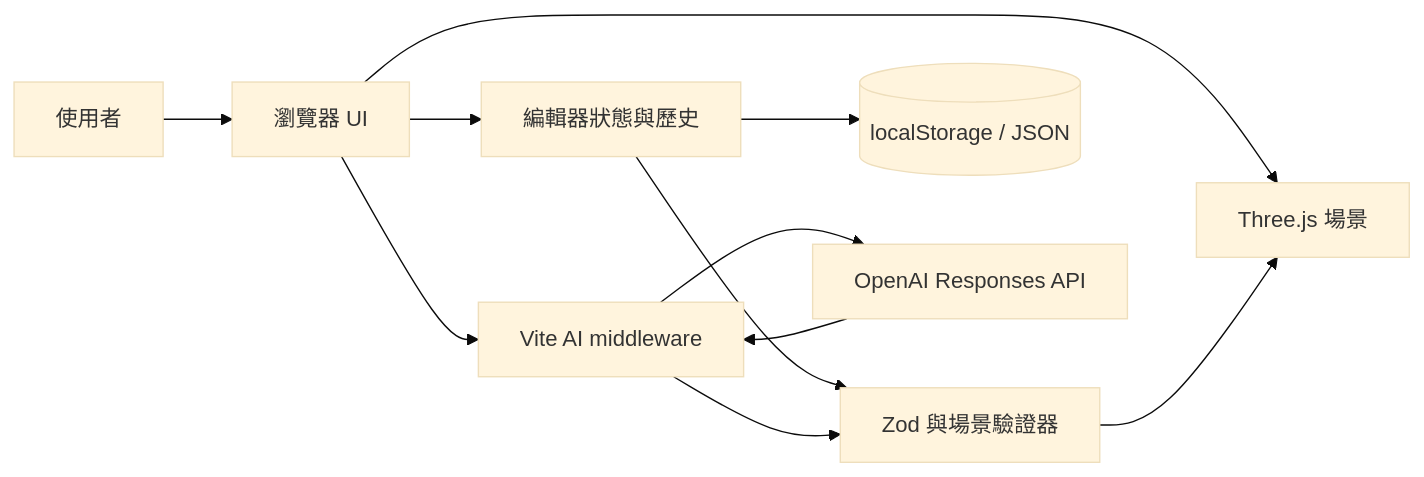
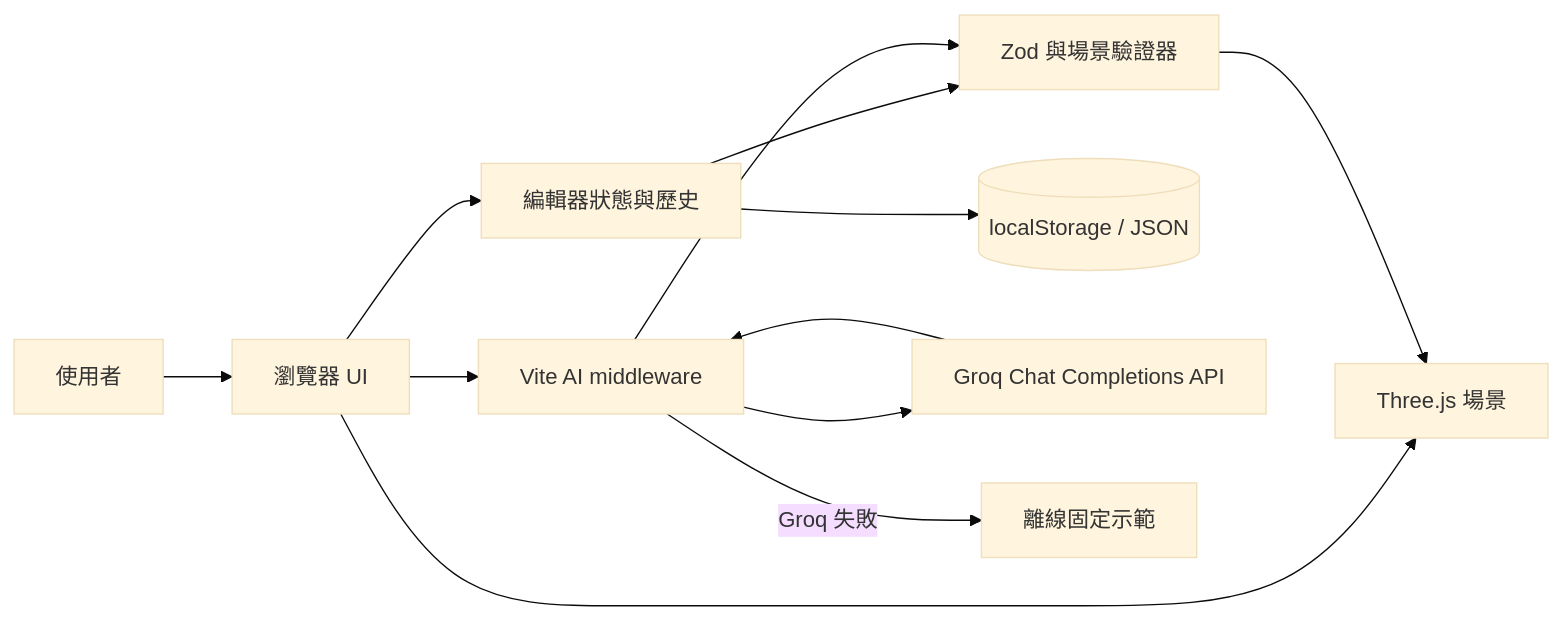
The diagram in docs/ARCHITECTURE.md (angelafei/interior-design), drawn with Mermaid (base theme) before and after one commit. The commit also changed other lines of this file and 8 other files, not shown here.

````diff
--- a/docs/ARCHITECTURE.md
+++ b/docs/ARCHITECTURE.md
@@ -5,13 +5,14 @@
 ```mermaid
 flowchart LR
   U[使用者] --> UI[瀏覽器 UI]
   UI --> S[編輯器狀態與歷史]
   UI --> T[Three.js 場景]
   S --> V[Zod 與場景驗證器]
   V --> T
   S --> L[(localStorage / JSON)]
   UI --> A[Vite AI middleware]
-  A --> O[OpenAI Responses API]
+  A --> O[Groq Chat Completions API]
+  A -->|Groq 失敗| F[離線固定示範]
   O --> A
   A --> V
 ```
````
